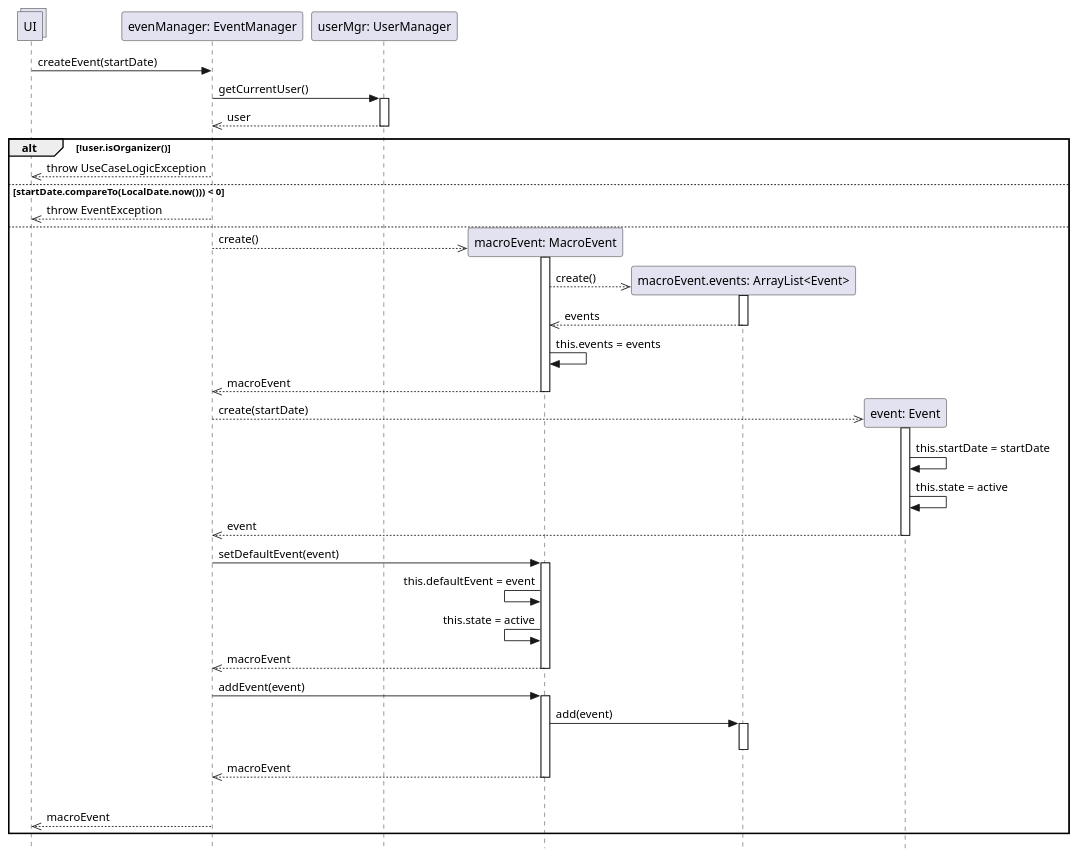
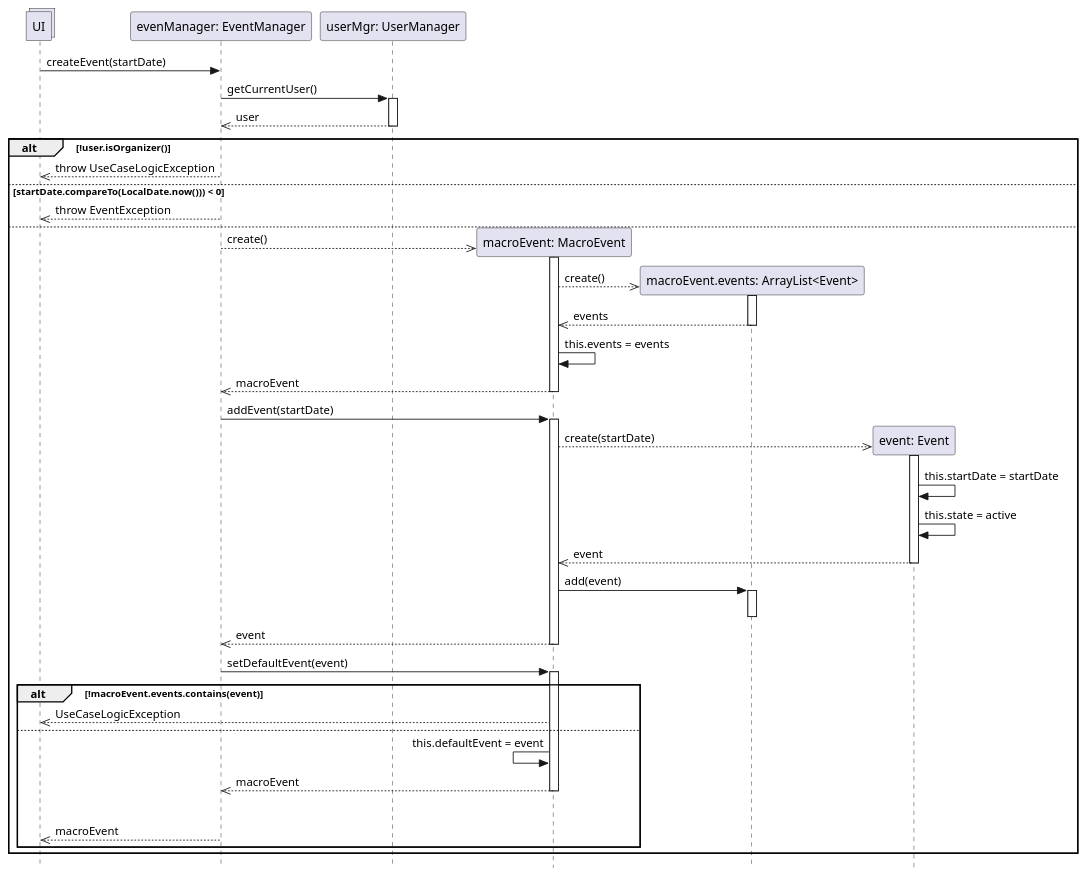
One commit to stefa168/sas-project changed the diagram in UP/Progettazione/UC Gestire Eventi/DSD/DSD Operazione 1.puml. Above: the diagram before and after it, drawn with PlantUML. The commit also changed 8 other files, not shown here.

```diff
--- a/UP/Progettazione/UC Gestire Eventi/DSD/DSD Operazione 1.puml
+++ b/UP/Progettazione/UC Gestire Eventi/DSD/DSD Operazione 1.puml
@@ -1,64 +1,63 @@
 @startuml
 skinparam Style strictuml
 
 collections UI
 participant "evenManager: EventManager" as em
 participant "userMgr: UserManager" as um
 
 UI -> em: createEvent(startDate)
 
 em -> um: getCurrentUser()
 activate um
 em <<-- um: user
 deactivate um
 
 alt !user.isOrganizer()
     UI <<-- em: throw UseCaseLogicException
 else startDate.compareTo(LocalDate.now())) < 0
     UI <<-- em: throw EventException
 else
     participant "macroEvent: MacroEvent" as maev
     em -->> maev **: create()
     activate maev
     participant "macroEvent.events: ArrayList<Event>" as events
     maev-->> events**:create()
     activate events
     maev <<-- events: events
     deactivate events
     maev -> maev: this.events = events
     em <<-- maev: macroEvent
     deactivate maev
 
+    em -> maev: addEvent(startDate)
+    activate maev
     participant "event: Event" as ev
-    em -->> ev **: create(startDate)
+    maev -->> ev **: create(startDate)
     activate ev
     ev->ev: this.startDate = startDate
     ev -> ev: this.state = active
-    em <<-- ev: event
+    maev <<-- ev: event
     deactivate ev
+    maev -> events: add(event)
+    activate events
+    deactivate events
+    em <<-- maev: event
+    deactivate maev
 
 
     em -> maev : setDefaultEvent(event)
     activate maev
+    alt !macroEvent.events.contains(event)
+    UI <<-- maev: UseCaseLogicException
+    else
     maev <- maev: this.defaultEvent = event
-    maev <- maev: this.state = active
-    em <<-- maev: macroEvent
-    deactivate maev
-
-
-    em -> maev: addEvent(event)
-    activate maev
-    maev -> events: add(event)
-    activate events
-    deactivate events
     em <<-- maev: macroEvent
     deactivate maev
     |||
+
     UI <<-- em: macroEvent
-
-
-
+    end
 
 end
 
 @enduml
```
